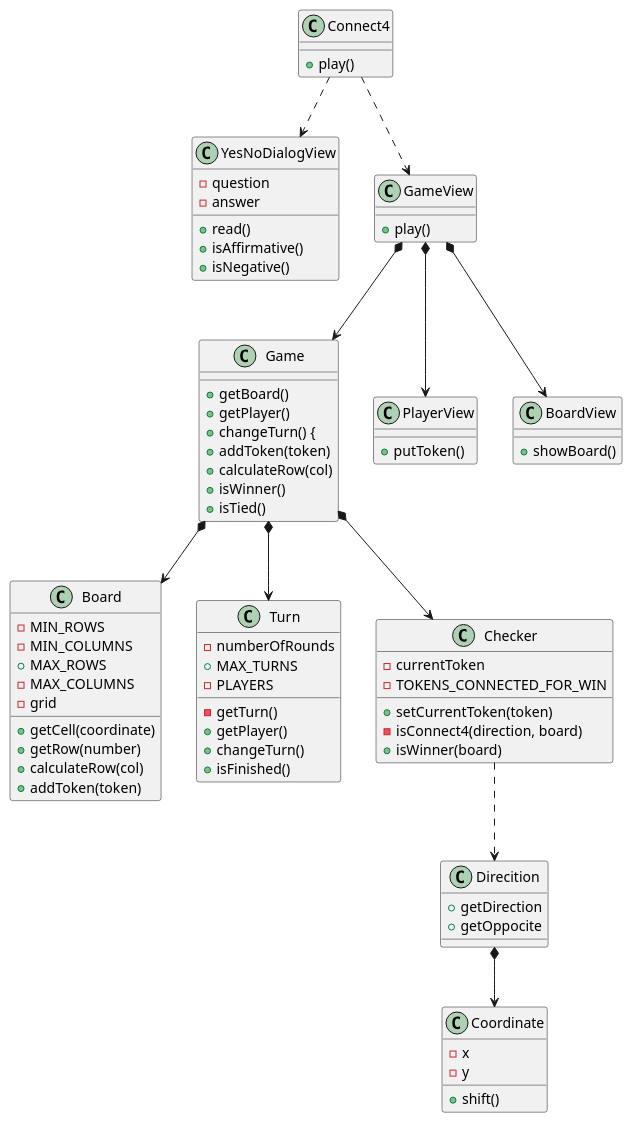
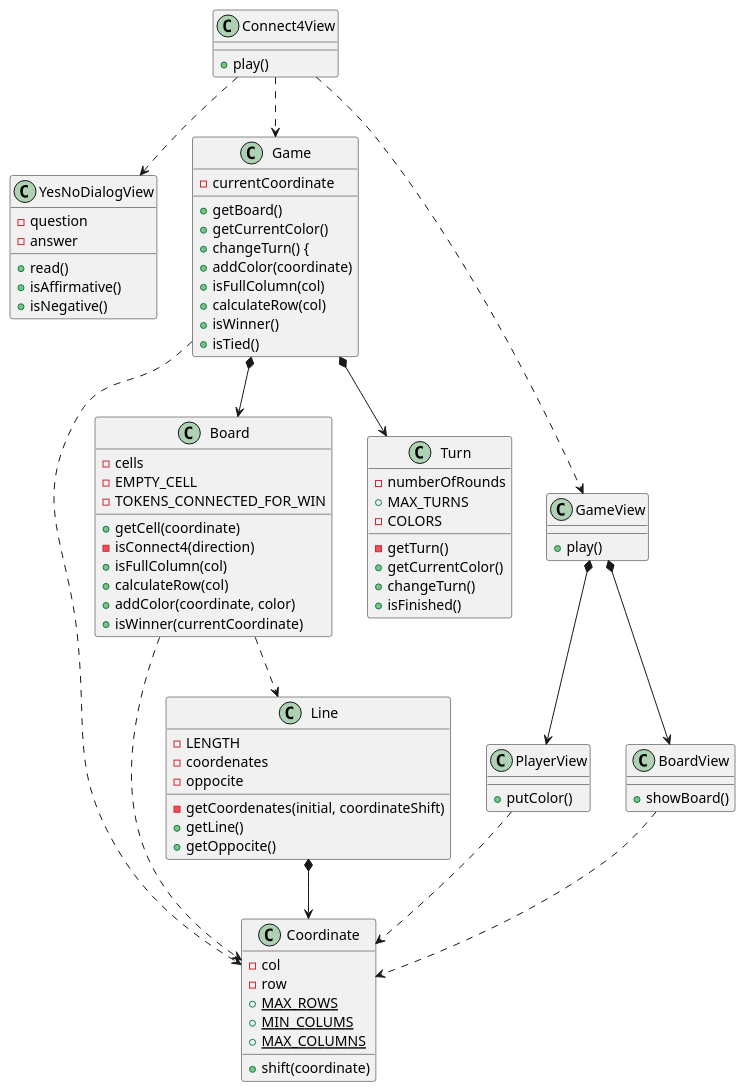
Before and after one commit to USantaTecla-ed-mpds/lab-dijkstra: the diagram in tech-js-basada-objetos/Connect4withViewsV2/diagramClass.plantuml, drawn with PlantUML. The commit also changed 1 other file, not shown here.

Commit message:
static properties

```diff
--- a/tech-js-basada-objetos/Connect4withViewsV2/diagramClass.plantuml
+++ b/tech-js-basada-objetos/Connect4withViewsV2/diagramClass.plantuml
@@ -1,65 +1,71 @@
 @startuml
-Connect4 ..> YesNoDialogView
-Connect4 ..> GameView
-Connect4 : + play()
+Connect4View ..> YesNoDialogView
+Connect4View ..> Game
+Connect4View ..> GameView
+Connect4View : + play()
 
 YesNoDialogView : - question
 YesNoDialogView : - answer
 YesNoDialogView : + read()
 YesNoDialogView : + isAffirmative()
 YesNoDialogView : + isNegative()
 
 GameView : + play()
-GameView *--> Game
 GameView *--> PlayerView
 GameView *--> BoardView
 
-PlayerView : + putToken()
+PlayerView : + putColor()
+PlayerView ..> Coordinate
 
 BoardView : + showBoard()
+BoardView ..> Coordinate
 
+Game : - currentCoordinate
 Game *--> Board
 Game *--> Turn
-Game *--> Checker
 Game : + getBoard()
-Game : + getPlayer()
+Game : + getCurrentColor()
 Game : + changeTurn() {
-Game : + addToken(token)
+Game : + addColor(coordinate)
+Game : + isFullColumn(col)
 Game : + calculateRow(col)
 Game : + isWinner()
 Game : + isTied()
+Game ..> Coordinate
 
-Board : - MIN_ROWS
-Board : - MIN_COLUMNS
-Board : + MAX_ROWS
-Board : - MAX_COLUMNS
-Board : - grid    
+Board ..> Line
+Board ..> Coordinate
+Board : - cells
+Board : - EMPTY_CELL
+Board : - TOKENS_CONNECTED_FOR_WIN
 Board : + getCell(coordinate)
-Board : + getRow(number)
+Board : - isConnect4(direction)
+Board : + isFullColumn(col)
 Board : + calculateRow(col)
-Board : + addToken(token)
+Board : + addColor(coordinate, color)
+Board : + isWinner(currentCoordinate)
 
 Turn : - numberOfRounds
 Turn : + MAX_TURNS
-Turn : - PLAYERS
+Turn : - COLORS
 Turn : - getTurn()
-Turn : + getPlayer()
+Turn : + getCurrentColor()
 Turn : + changeTurn()
 Turn : + isFinished()
 
-Checker : - currentToken
-Checker : - TOKENS_CONNECTED_FOR_WIN
-Checker : + setCurrentToken(token)
-Checker : - isConnect4(direction, board)
-Checker : + isWinner(board)
-Checker ..> Direcition
+Line *--> Coordinate
+Line : - LENGTH
+Line : - coordenates
+Line : - oppocite
+Line : - getCoordenates(initial, coordinateShift)
+Line : + getLine()
+Line : + getOppocite()
 
-Direcition *--> Coordinate
-Direcition : + getDirection
-Direcition : + getOppocite
-
-Coordinate : - x
-Coordinate : - y
-Coordinate : + shift()
+Coordinate : - col
+Coordinate : - row
+Coordinate : + shift(coordinate)
+Coordinate : + {static} MAX_ROWS
+Coordinate : + {static} MIN_COLUMS
+Coordinate : + {static} MAX_COLUMNS
 
 @enduml
```
